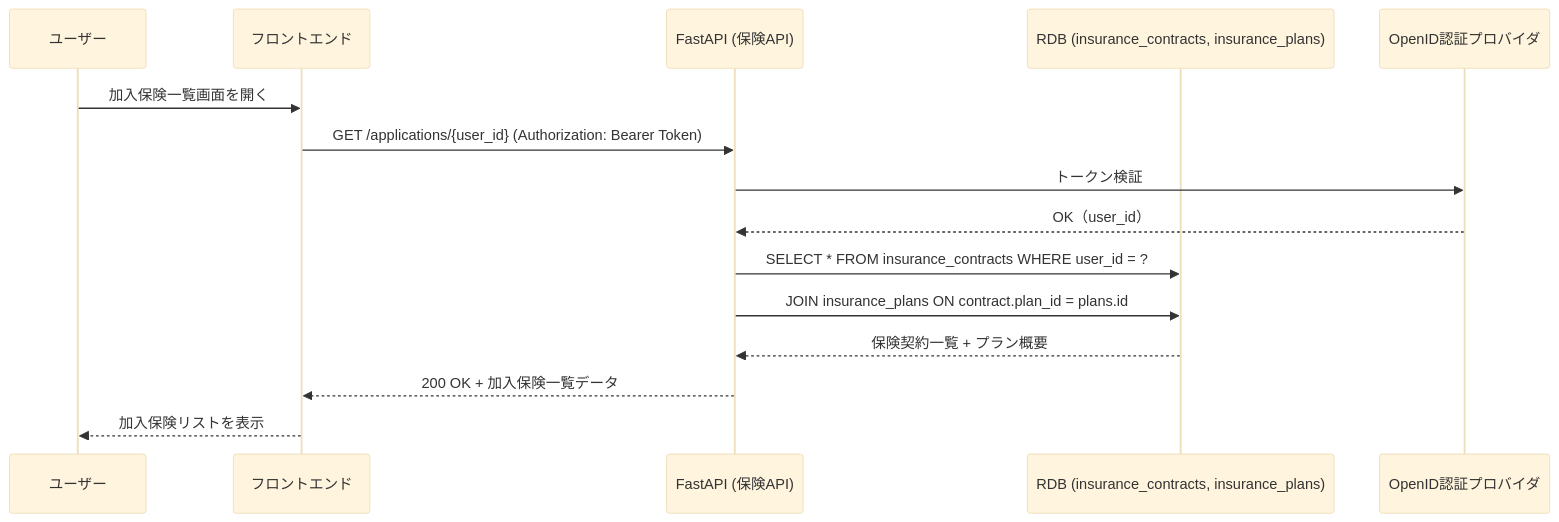
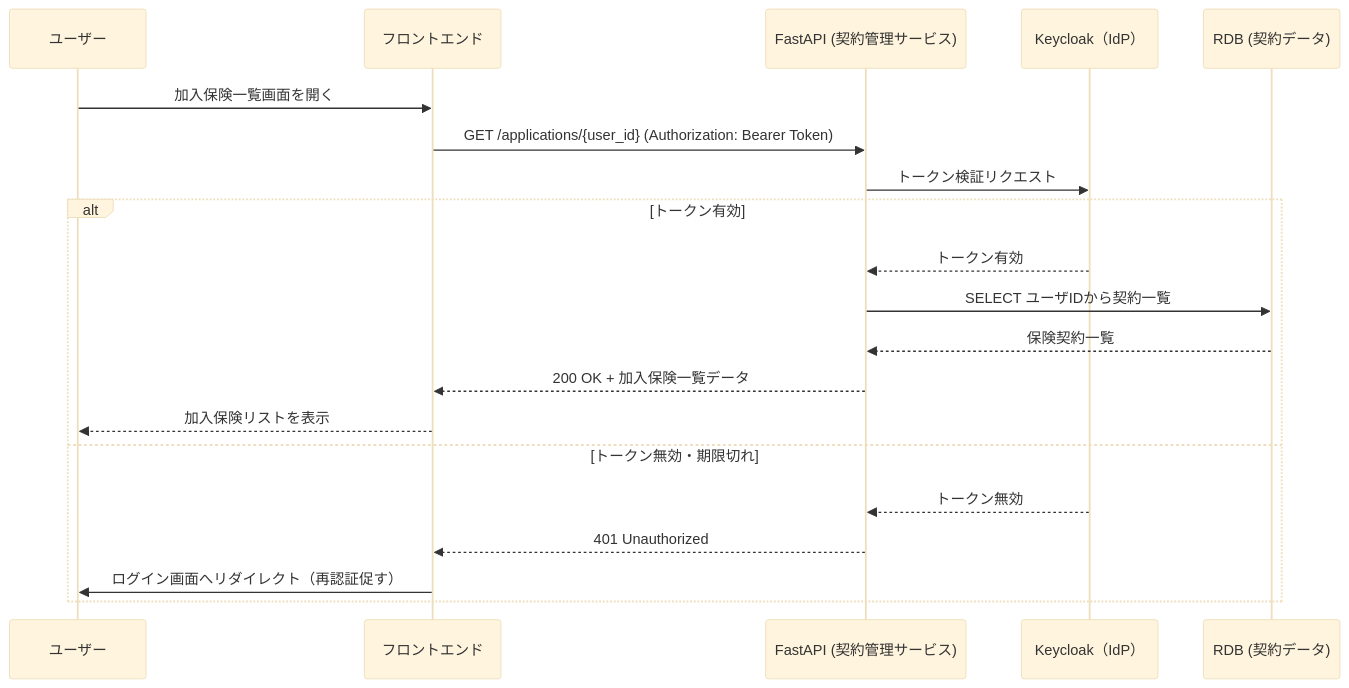
Before and after one commit to Yumapon/microservice_app: the seventh of 10 diagrams in sequence/README.md, drawn with Mermaid (base theme). The commit also changed other lines of this file and 14 other files, not shown here.

Commit message:
sequence and openapi

````diff
--- a/sequence/README.md
+++ b/sequence/README.md
@@ -118,18 +373,23 @@
 ```mermaid
 sequenceDiagram
     participant User as ユーザー
     participant Frontend as フロントエンド
-    participant API as FastAPI (保険API)
-    participant RDB as RDB (insurance_contracts, insurance_plans)
-    participant Auth as OpenID認証プロバイダ
+    participant API as FastAPI (契約管理サービス)
+    participant Keycloak as Keycloak（IdP）
+    participant RDB as RDB (契約データ)
 
     User->>Frontend: 加入保険一覧画面を開く
     Frontend->>API: GET /applications/{user_id} (Authorization: Bearer Token)
-    API->>Auth: トークン検証
-    Auth-->>API: OK（user_id）
-    API->>RDB: SELECT * FROM insurance_contracts WHERE user_id = ?
-    API->>RDB: JOIN insurance_plans ON contract.plan_id = plans.id
-    RDB-->>API: 保険契約一覧 + プラン概要
-    API-->>Frontend: 200 OK + 加入保険一覧データ
-    Frontend-->>User: 加入保険リストを表示
+    API->>Keycloak: トークン検証リクエスト
+    alt トークン有効
+        Keycloak-->>API: トークン有効
+        API->>RDB: SELECT ユーザIDから契約一覧
+        RDB-->>API: 保険契約一覧
+        API-->>Frontend: 200 OK + 加入保険一覧データ
+        Frontend-->>User: 加入保険リストを表示
+    else トークン無効・期限切れ
+        Keycloak-->>API: トークン無効
+        API-->>Frontend: 401 Unauthorized
+        Frontend->>User: ログイン画面へリダイレクト（再認証促す）
+    end
 ```
````
